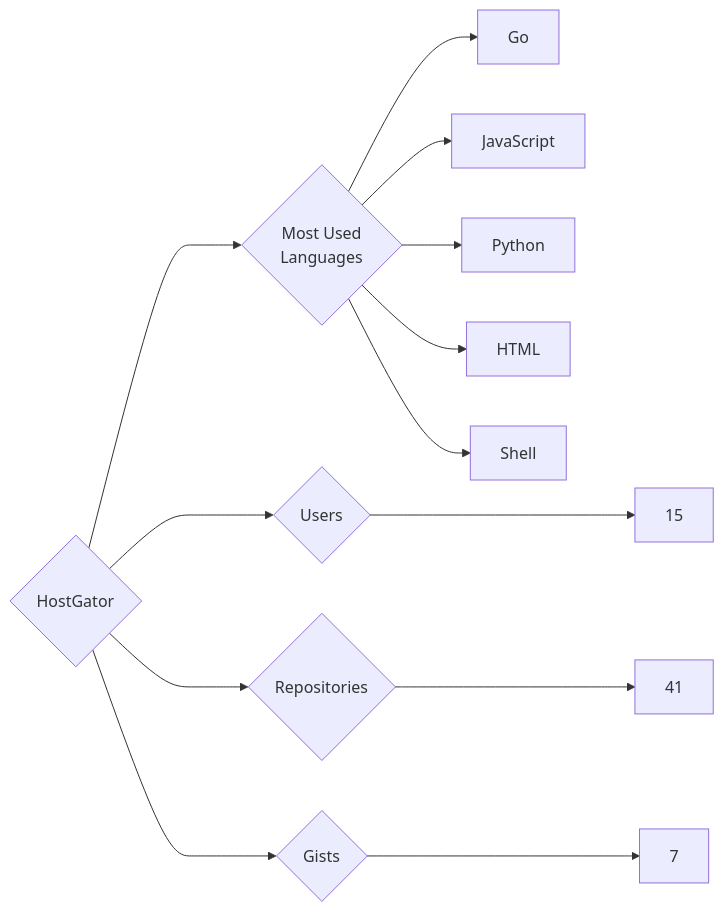
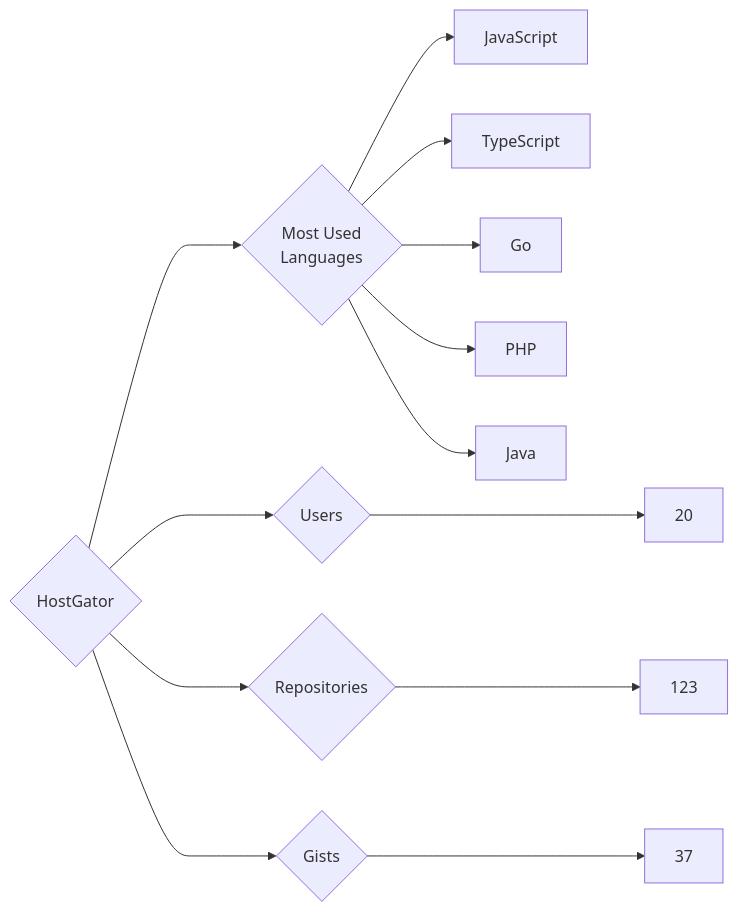
The diagram in targets/HostGator/README.md (trickest/insiders), drawn with Mermaid before and after one commit. The commit also changed 891 other files, not shown here.

````diff
--- a/targets/HostGator/README.md
+++ b/targets/HostGator/README.md
@@ -3,13 +3,13 @@
 ```mermaid
 graph LR
 COMPANY_NAME{HostGator}
-COMPANY_NAME ---> U{Users} ---> UN[15]
-COMPANY_NAME ---> R{Repositories} ---> RN[41]
-COMPANY_NAME ---> G{Gists} ---> GN[7]
+COMPANY_NAME ---> U{Users} ---> UN[20]
+COMPANY_NAME ---> R{Repositories} ---> RN[123]
+COMPANY_NAME ---> G{Gists} ---> GN[37]
 COMPANY_NAME ---> ML{Most Used<br>Languages}
+ML --> JavaScript[JavaScript]
+ML --> TypeScript[TypeScript]
 ML --> Go[Go]
-ML --> JavaScript[JavaScript]
-ML --> Python[Python]
-ML --> HTML[HTML]
-ML --> Shell[Shell]
+ML --> PHP[PHP]
+ML --> Java[Java]
 ```
````
